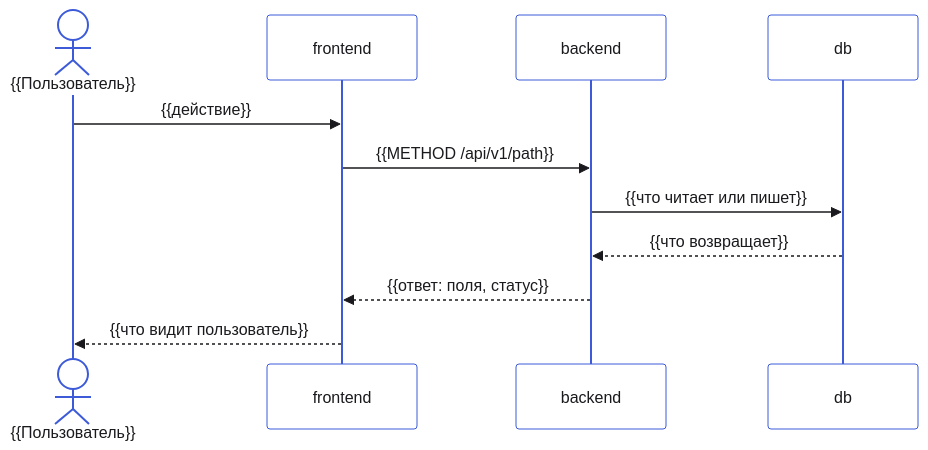
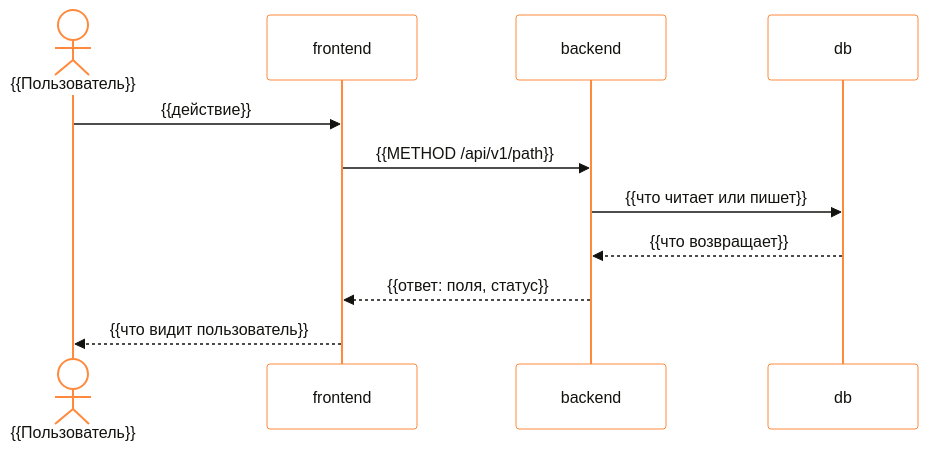
Before and after one commit to GoatWhistle/mosprom: the third of 3 diagrams in docs/architecture.md, drawn with Mermaid. The commit also changed other lines of this file and 46 other files, not shown here.

````diff
--- a/docs/architecture.md
+++ b/docs/architecture.md
@@ -57,14 +57,14 @@
 ```mermaid
-%%{init: {"theme":"base","themeVariables":{"primaryColor":"#ffffff","primaryTextColor":"#1a1a1e","primaryBorderColor":"#3d5bd9","secondaryColor":"#ececee","tertiaryColor":"#f6f6f7","lineColor":"#686872","textColor":"#1a1a1e","noteBkgColor":"#ececee","noteTextColor":"#54545c","actorBkg":"#ffffff","actorBorder":"#3d5bd9","fontFamily":"Inter Variable"}}}%%
+%%{init: {"theme":"base","themeVariables":{"primaryColor":"#ffffff","primaryTextColor":"#12130f","primaryBorderColor":"#ff8a3d","secondaryColor":"#ecebe7","tertiaryColor":"#f6f5f2","lineColor":"#615c56","textColor":"#12130f","noteBkgColor":"#ecebe7","noteTextColor":"#4d4944","actorBkg":"#ffffff","actorBorder":"#ff8a3d","fontFamily":"Onest Variable"}}}%%
 sequenceDiagram
     actor U as {{Пользователь}}
     participant FE as frontend
     participant BE as backend
     participant DB as db
     U->>FE: {{действие}}
     FE->>BE: {{METHOD /api/v1/path}}
     BE->>DB: {{что читает или пишет}}
     DB-->>BE: {{что возвращает}}
     BE-->>FE: {{ответ: поля, статус}}
     FE-->>U: {{что видит пользователь}}
 ```
````
